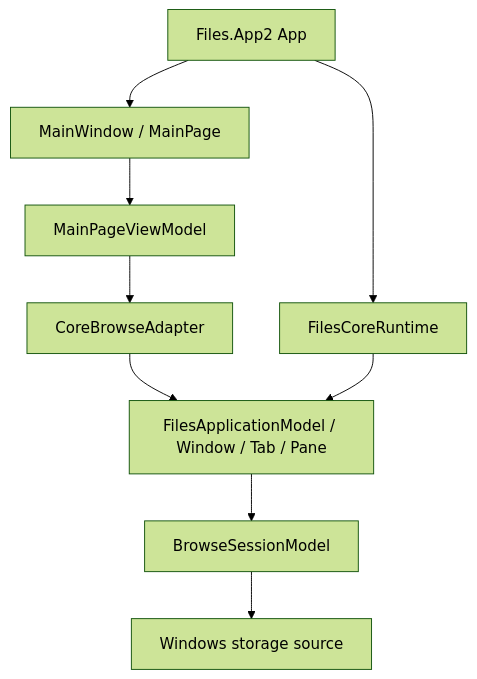
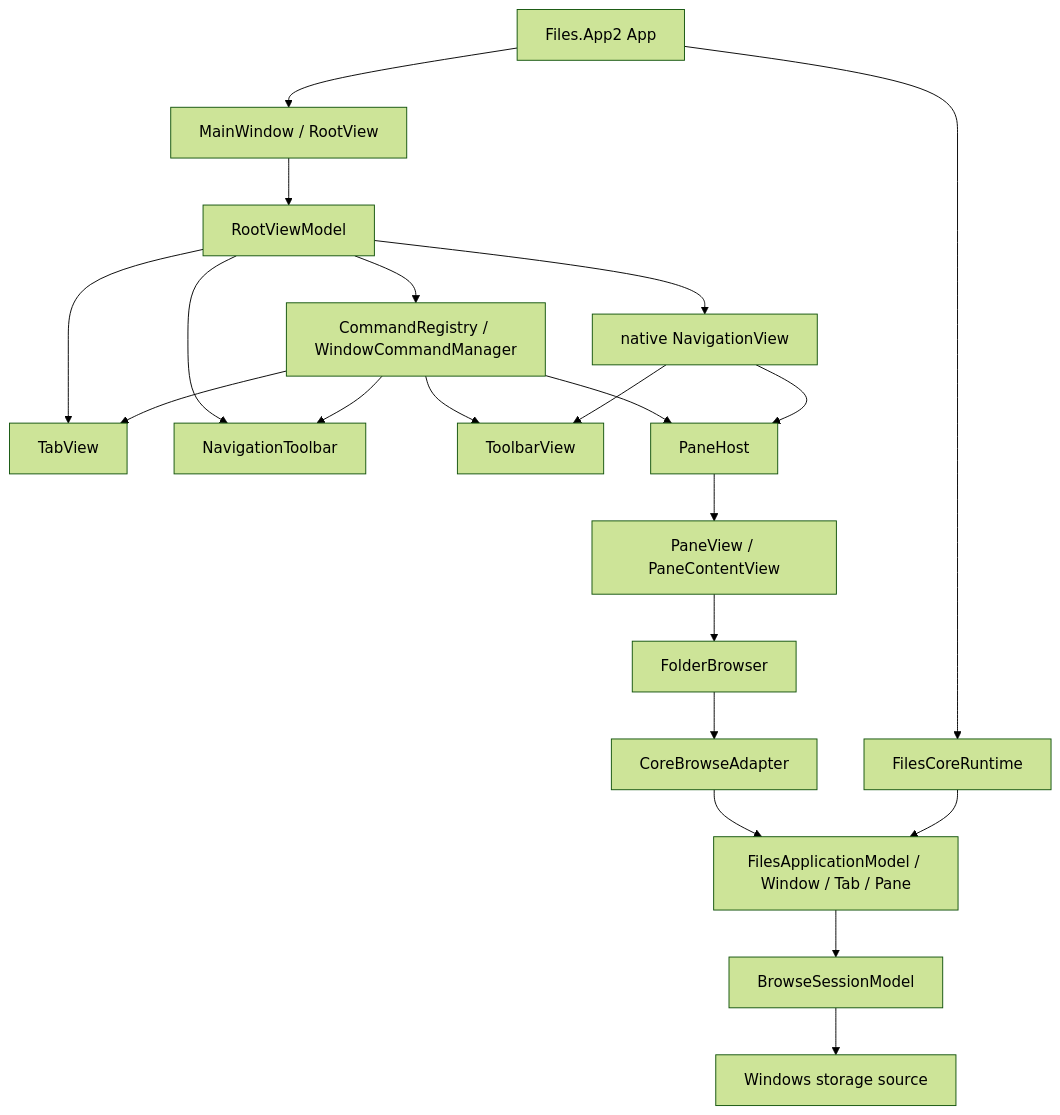
Before and after one commit to 0x5bfa/Files: the first of 2 diagrams in docs/architecture/files-app2.md, drawn with Mermaid (forest theme). The commit also changed other lines of this file and 61 other files, not shown here.

````diff
--- a/docs/architecture/files-app2.md
+++ b/docs/architecture/files-app2.md
@@ -9,20 +9,40 @@
 ```mermaid
 flowchart TB
     App["Files.App2 App"]
-    Window["MainWindow / MainPage"]
-    ViewModel["MainPageViewModel"]
+    Window["MainWindow / RootView"]
+    ViewModel["RootViewModel"]
+    Commands["CommandRegistry / WindowCommandManager"]
+    Tabs["TabView"]
+    Navigation["NavigationToolbar"]
+    Shell["native NavigationView"]
+    Toolbar["ToolbarView"]
+    Panes["PaneHost"]
+    Pane["PaneView / PaneContentView"]
+    Browser["FolderBrowser"]
     Adapter["CoreBrowseAdapter"]
     Runtime["FilesCoreRuntime"]
     Models["FilesApplicationModel / Window / Tab / Pane"]
     Session["BrowseSessionModel"]
     Source["Windows storage source"]
 
     App --> Runtime
     App --> Window
     Window --> ViewModel
-    ViewModel --> Adapter
+    ViewModel --> Tabs
+    ViewModel --> Navigation
+    ViewModel --> Commands
+    ViewModel --> Shell
+    Commands --> Navigation
+    Commands --> Toolbar
+    Commands --> Tabs
+    Commands --> Panes
+    Shell --> Toolbar
+    Shell --> Panes
+    Panes --> Pane
+    Pane --> Browser
+    Browser --> Adapter
     Adapter --> Models
     Runtime --> Models
     Models --> Session
     Session --> Source
 ```
````
